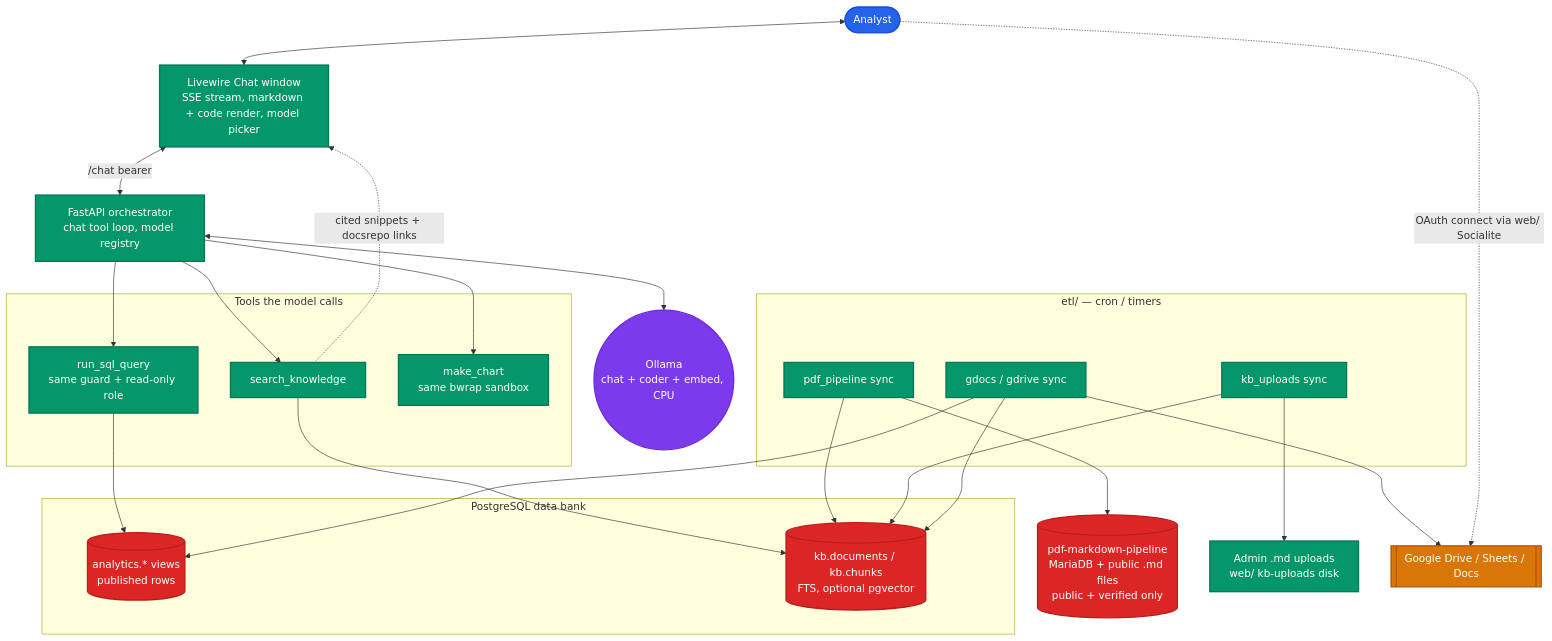
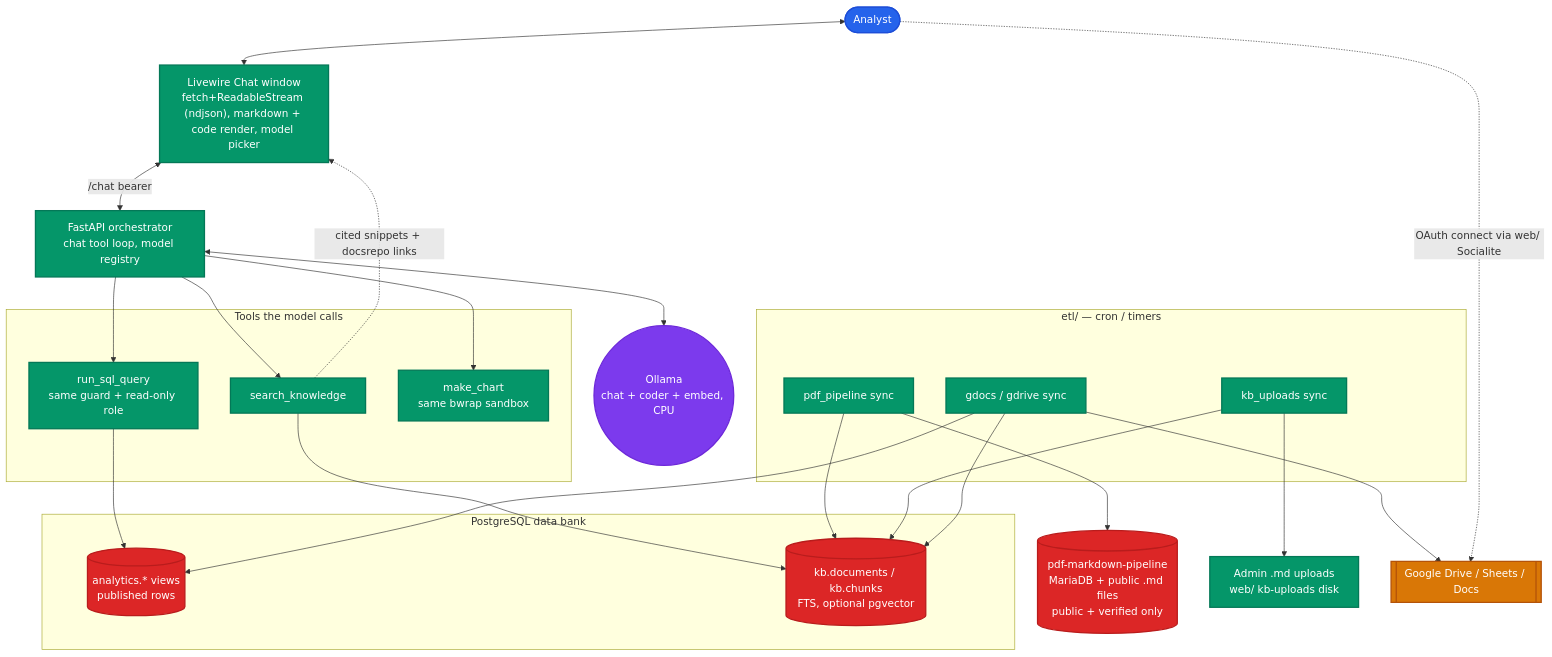
One commit to SubhanRaj/excise-mcp-dashboard changed the fifth of 7 diagrams in ARCHITECTURE.md. Above: the diagram before and after it, drawn with Mermaid. The commit also changed other lines of this file and 12 other files, not shown here.

````diff
--- a/ARCHITECTURE.md
+++ b/ARCHITECTURE.md
@@ -424,54 +441,54 @@
 ```mermaid
 flowchart TD
     classDef client fill:#2563eb,stroke:#1d4ed8,stroke-width:2px,color:#fff
     classDef app fill:#059669,stroke:#047857,stroke-width:2px,color:#fff
     classDef ai fill:#7c3aed,stroke:#6d28d9,stroke-width:2px,color:#fff
     classDef db fill:#dc2626,stroke:#b91c1c,stroke-width:2px,color:#fff
     classDef ext fill:#d97706,stroke:#b45309,stroke-width:2px,color:#fff
 
     User(["Analyst"]):::client
-    Chat["Livewire Chat window<br/>SSE stream, markdown + code render, model picker"]:::app
+    Chat["Livewire Chat window<br/>fetch+ReadableStream (ndjson), markdown + code render, model picker"]:::app
     Orch["FastAPI orchestrator<br/>chat tool loop, model registry"]:::app
     Ollama(("Ollama<br/>chat + coder + embed, CPU")):::ai
 
     subgraph Tools["Tools the model calls"]
         T1["search_knowledge"]:::app
         T2["run_sql_query<br/>same guard + read-only role"]:::app
         T3["make_chart<br/>same bwrap sandbox"]:::app
     end
 
     subgraph Bank["PostgreSQL data bank"]
         AN[("analytics.* views<br/>published rows")]:::db
         KB[("kb.documents / kb.chunks<br/>FTS, optional pgvector")]:::db
     end
 
     subgraph Ingest["etl/ — cron / timers"]
         E1["pdf_pipeline sync"]:::app
         E2["kb_uploads sync"]:::app
         E3["gdocs / gdrive sync"]:::app
     end
 
     PDFP[("pdf-markdown-pipeline<br/>MariaDB + public .md files<br/>public + verified only")]:::db
     UP["Admin .md uploads<br/>web/ kb-uploads disk"]:::app
     G[["Google Drive / Sheets / Docs"]]:::ext
 
     User <--> Chat
     Chat <-->|"/chat bearer"| Orch
     Orch <--> Ollama
     Orch --> T1
     T1 --> KB
     Orch --> T2
     T2 --> AN
     Orch --> T3
     T1 -.->|"cited snippets + docsrepo links"| Chat
 
     E1 --> PDFP
     E1 --> KB
     E2 --> UP
     E2 --> KB
     E3 --> G
     E3 --> KB
     E3 --> AN
 
     User -.->|"OAuth connect via web/ Socialite"| G
 ```
````
